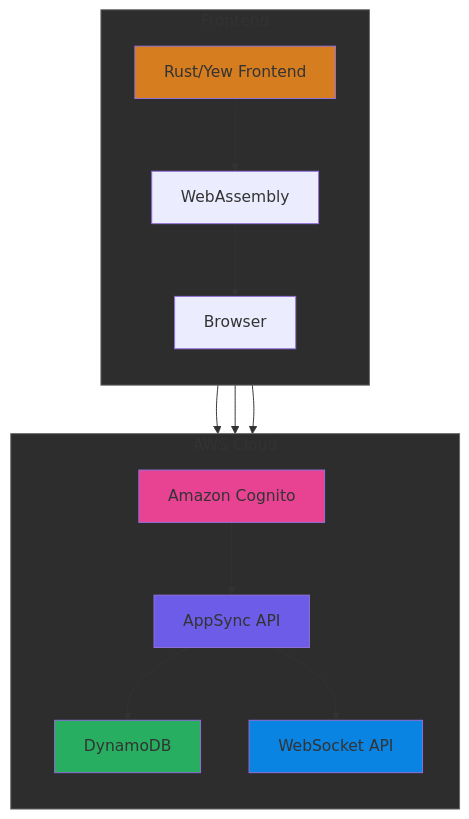
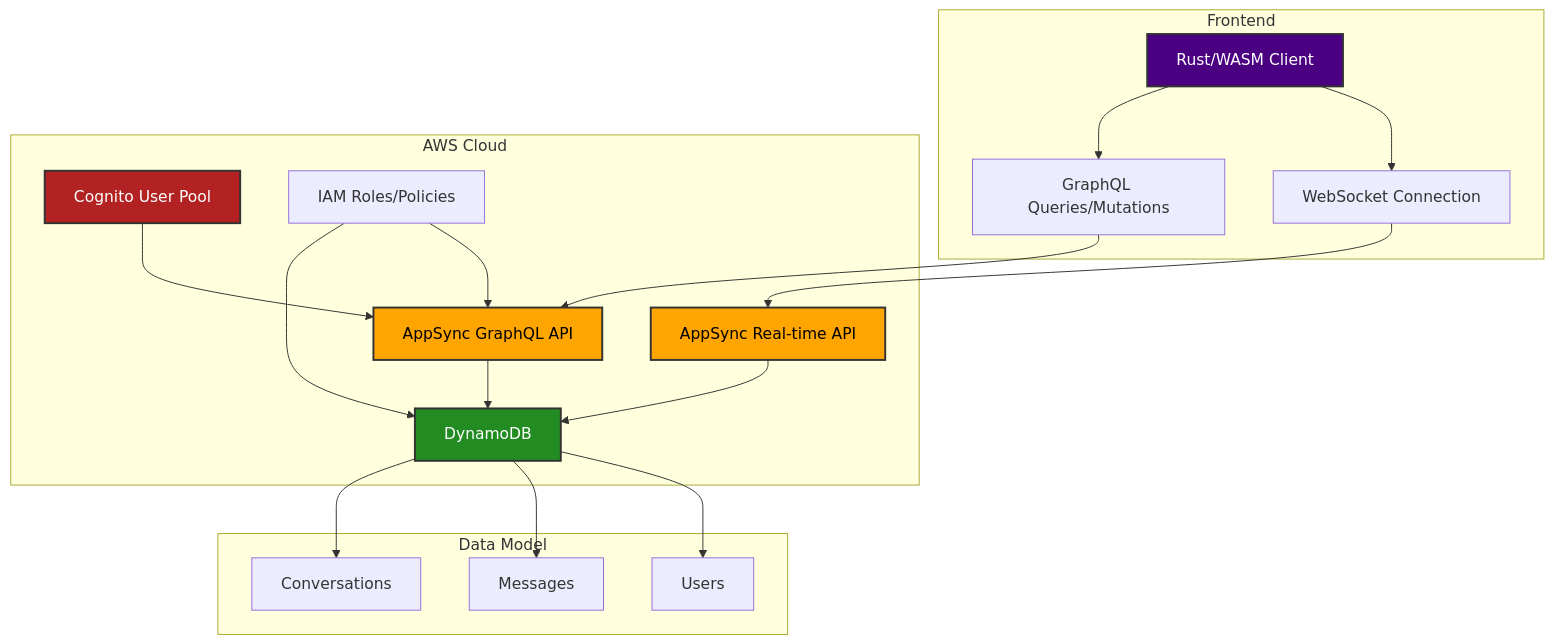
One commit to SergioKingOne/rusty-chat-sync changed the diagram in README.md. Above: the diagram before and after it, drawn with Mermaid. The commit also changed other lines of this file, not shown here.

````diff
--- a/README.md
+++ b/README.md
@@ -7,28 +15,33 @@
 ```mermaid
 graph TB
-subgraph Frontend["Frontend"]
-    direction TB
-    A[Rust/Yew Frontend] --> B[WebAssembly]
-    B --> C[Browser]
-end
+    subgraph "Frontend"
+        A[Rust/WASM Client] --> B[WebSocket Connection]
+        A --> C[GraphQL Queries/Mutations]
+    end
 
-subgraph AWS["AWS Cloud"]
-    direction TB
-    D[Amazon Cognito] --> E[AppSync API]
-    E --> F[DynamoDB]
-    E --> G[WebSocket API]
-end
+    subgraph "AWS Cloud"
+        B --> D[AppSync Real-time API]
+        C --> E[AppSync GraphQL API]
 
-C --> D
-C --> E
-C --> G
+        E --> F[DynamoDB]
+        D --> F
 
-%% Center alignment styling
-style Frontend fill:#2D2D2D,stroke:#666
-style AWS fill:#2D2D2D,stroke:#666
-style A fill:#D67D20
-style D fill:#E84393
-style E fill:#6C5CE7
-style F fill:#27AE60
-style G fill:#0984E3
+        G[Cognito User Pool] --> E
+
+        H[IAM Roles/Policies] --> E
+        H --> F
+    end
+
+    subgraph "Data Model"
+        F --> I[Users]
+        F --> J[Messages]
+        F --> K[Conversations]
+    end
+
+    %% Updated Styles with Better Contrast
+    style A fill:#4B0082,stroke:#333,stroke-width:2px, color:#ffffff
+    style D fill:#FFA500,stroke:#333,stroke-width:2px, color:#000000
+    style E fill:#FFA500,stroke:#333,stroke-width:2px, color:#000000
+    style F fill:#228B22,stroke:#333,stroke-width:2px, color:#ffffff
+    style G fill:#B22222,stroke:#333,stroke-width:2px, color:#ffffff
 ```
````
